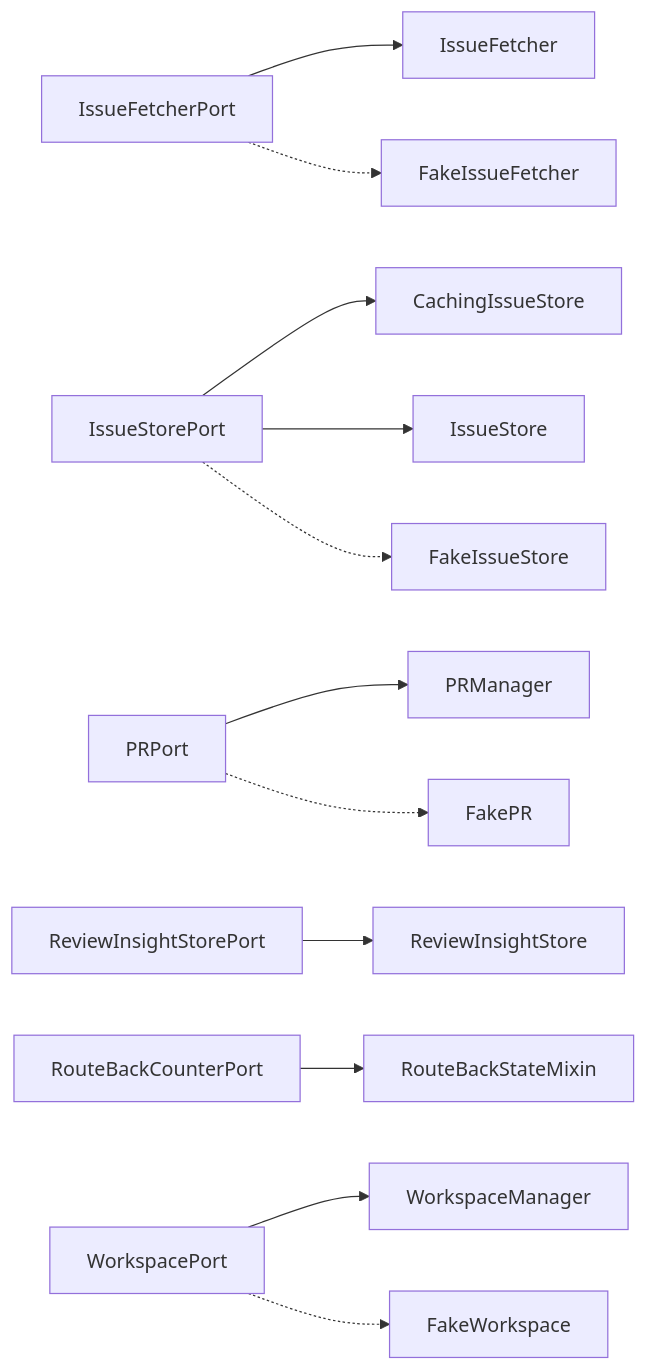
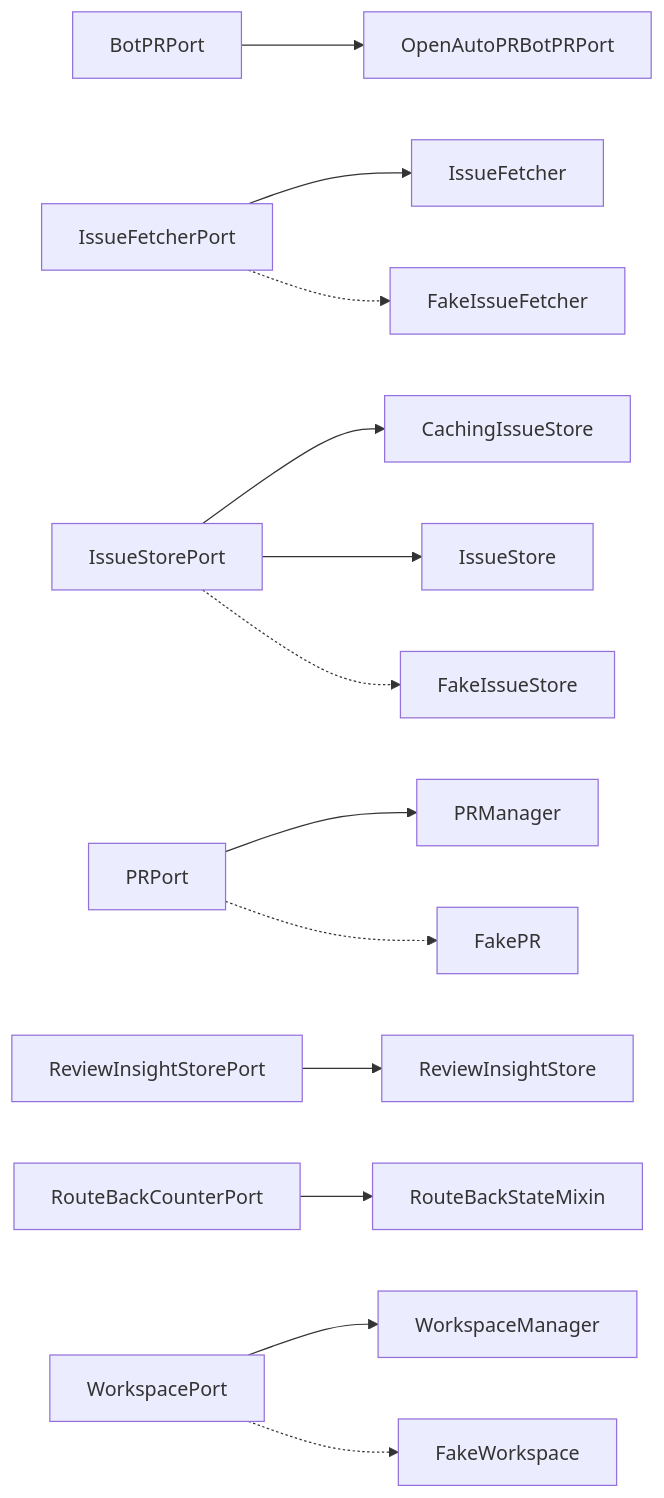
The diagram in docs/arch/generated/ports.md (T-rav/hyrdaflow), drawn with Mermaid before and after one commit. The commit also changed other lines of this file and 10 other files, not shown here.

````diff
--- a/docs/arch/generated/ports.md
+++ b/docs/arch/generated/ports.md
@@ -7,14 +7,15 @@
 ```mermaid
 graph LR
+    BotPRPort --> OpenAutoPRBotPRPort
     IssueFetcherPort --> IssueFetcher
     IssueFetcherPort -.-> FakeIssueFetcher
     IssueStorePort --> CachingIssueStore
     IssueStorePort --> IssueStore
     IssueStorePort -.-> FakeIssueStore
     PRPort --> PRManager
     PRPort -.-> FakePR
     ReviewInsightStorePort --> ReviewInsightStore
     RouteBackCounterPort --> RouteBackStateMixin
     WorkspacePort --> WorkspaceManager
     WorkspacePort -.-> FakeWorkspace
 ```
````
